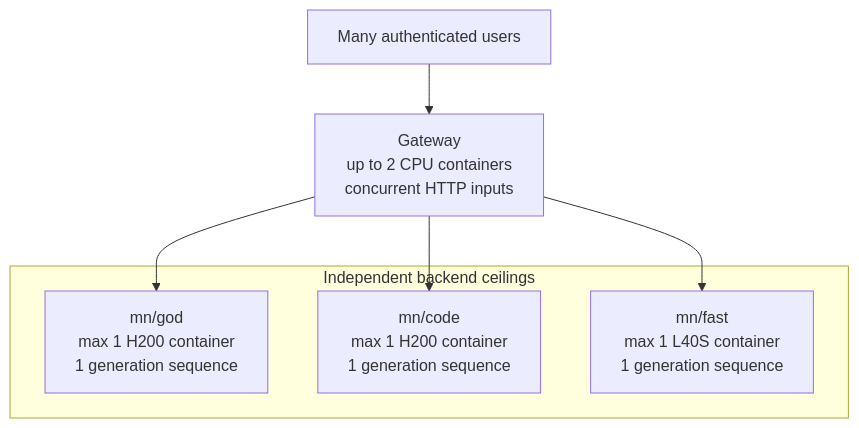
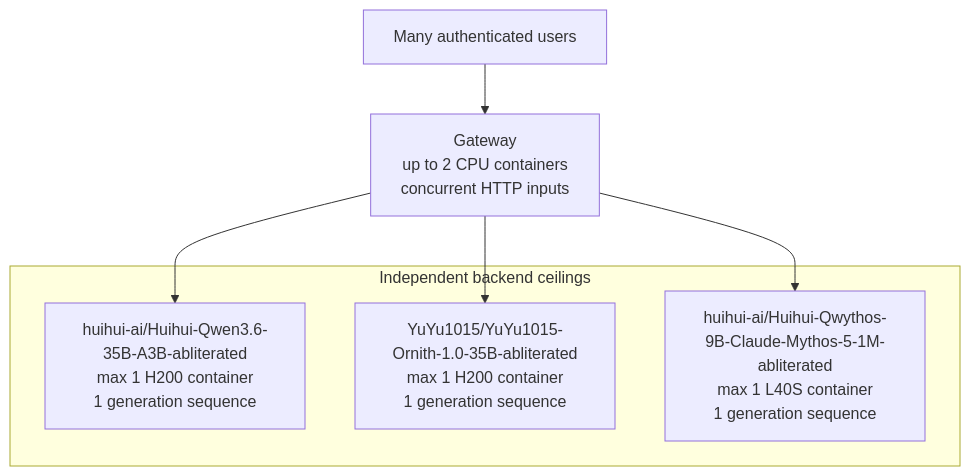
One commit to eminogrande/mn-uncensored changed the fifth of 8 diagrams in README.md. Above: the diagram before and after it, drawn with Mermaid. The commit also changed other lines of this file and 35 other files, not shown here.

````diff
--- a/README.md
+++ b/README.md
@@ -600,16 +604,16 @@
 ```mermaid
 flowchart TB
     Users["Many authenticated users"]
     Gateway["Gateway<br/>up to 2 CPU containers<br/>concurrent HTTP inputs"]
 
     subgraph Backends["Independent backend ceilings"]
-        God["mn/god<br/>max 1 H200 container<br/>1 generation sequence"]
-        Code["mn/code<br/>max 1 H200 container<br/>1 generation sequence"]
-        Fast["mn/fast<br/>max 1 L40S container<br/>1 generation sequence"]
+        God["huihui-ai/Huihui-Qwen3.6-35B-A3B-abliterated<br/>max 1 H200 container<br/>1 generation sequence"]
+        Code["YuYu1015/YuYu1015-Ornith-1.0-35B-abliterated<br/>max 1 H200 container<br/>1 generation sequence"]
+        Fast["huihui-ai/Huihui-Qwythos-9B-Claude-Mythos-5-1M-abliterated<br/>max 1 L40S container<br/>1 generation sequence"]
     end
 
     Users --> Gateway
     Gateway --> God
     Gateway --> Code
     Gateway --> Fast
 ```
````
